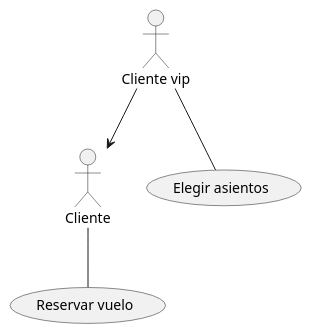
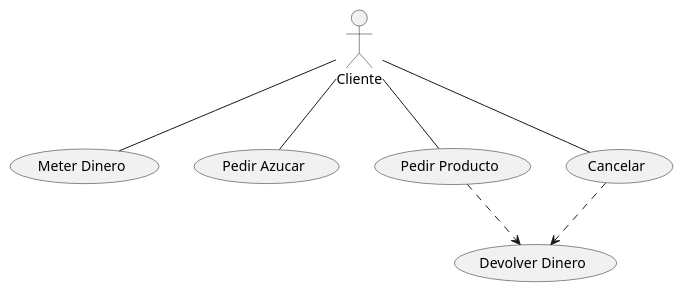
The diagram in src/Clases_De_Uso.puml (franmolinaadan/UML_1_Molina), drawn with PlantUML before and after one commit.

Commit message:
Cafe ejemplo

```diff
--- a/src/Clases_De_Uso.puml
+++ b/src/Clases_De_Uso.puml
@@ -1,14 +1,20 @@
 @startuml
 
 
 actor "Cliente" as cl
-actor "Cliente vip" as vip
 
-usecase "Reservar vuelo" as (Reservar)
-usecase "Elegir asientos" as (Asientos)
+usecase "Meter Dinero" as (Meter)
+usecase "Pedir Azucar" as (PedirA)
+usecase "Pedir Producto" as (PedirP)
+usecase "Cancelar" as (Cancelar)
 
-cl -- Reservar
-vip -- Asientos
+usecase "Devolver Dinero" as (Devolver)
 
-vip --> cl
+cl -- Meter
+cl -- PedirA
+cl -- PedirP
+cl -- Cancelar
+
+PedirP ..> Devolver
+Cancelar ..> Devolver
 @enduml
```
